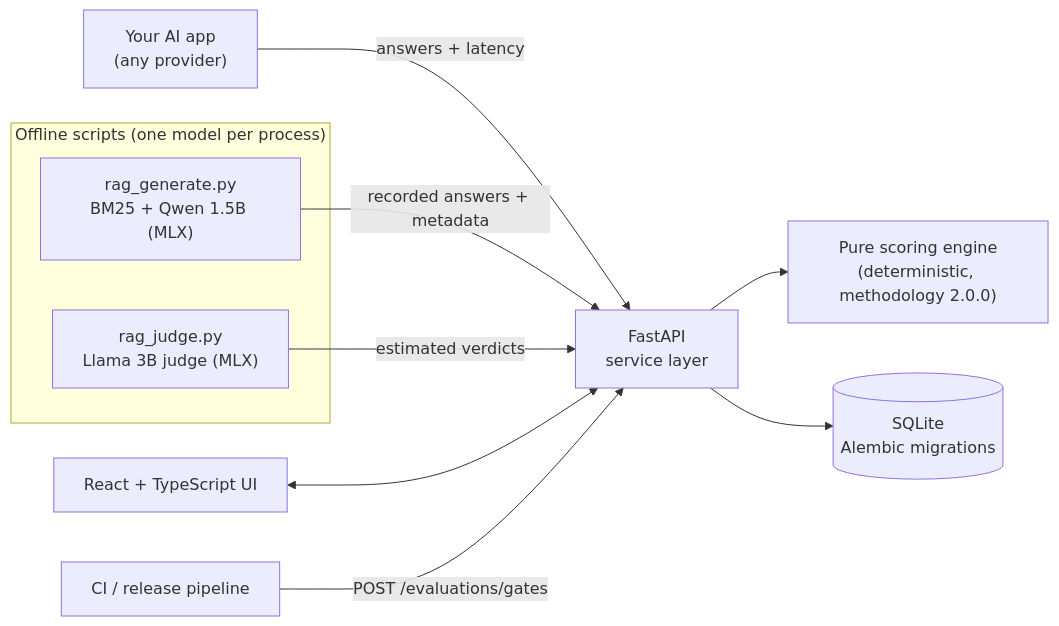
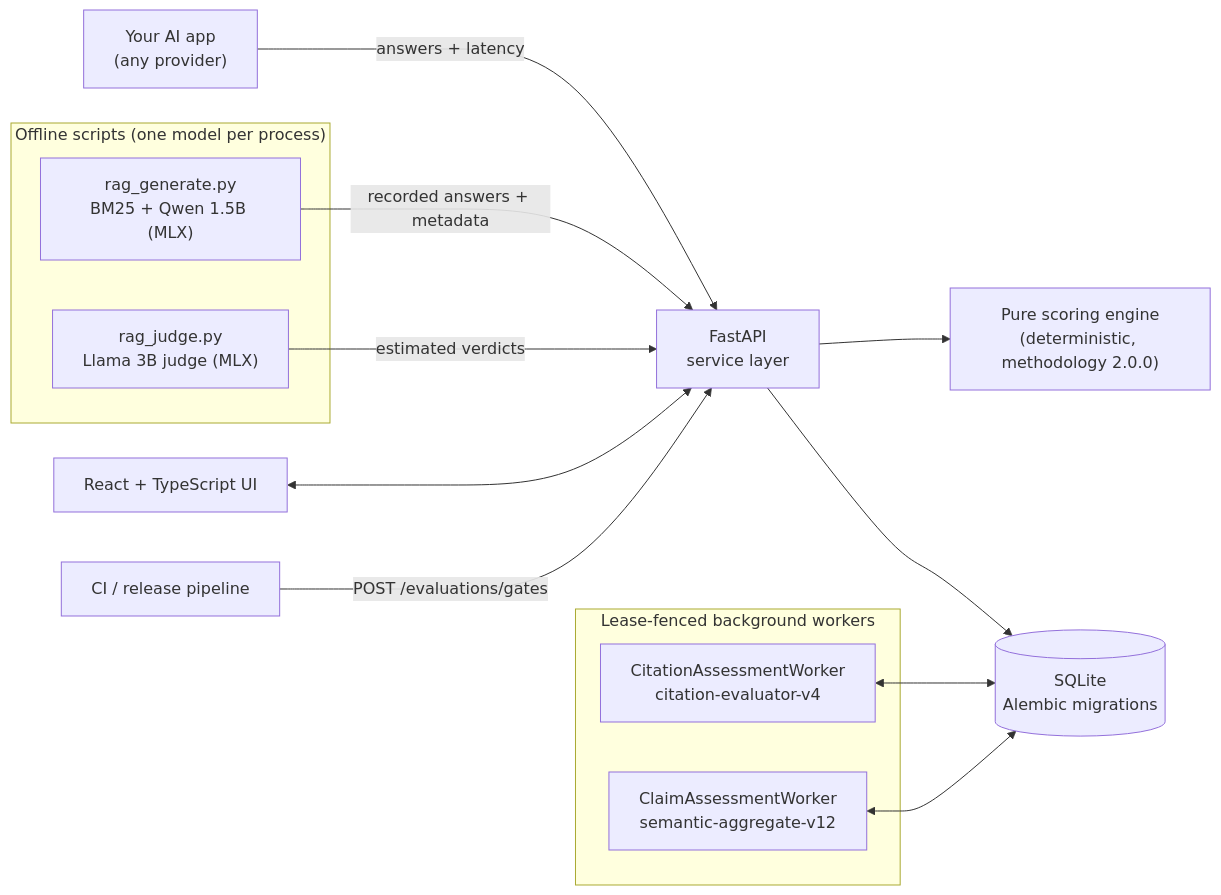
The diagram in README.md (rkampa07/evalops-ai), drawn with Mermaid before and after one commit. The commit also changed other lines of this file and 15 other files, not shown here.

````diff
--- a/README.md
+++ b/README.md
@@ -43,14 +47,20 @@
 ```mermaid
 flowchart LR
     subgraph Offline["Offline scripts (one model per process)"]
         GEN["rag_generate.py<br/>BM25 + Qwen 1.5B (MLX)"]
         JUD["rag_judge.py<br/>Llama 3B judge (MLX)"]
+    end
+    subgraph Workers["Lease-fenced background workers"]
+        CITW["CitationAssessmentWorker<br/>citation-evaluator-v4"]
+        CLMW["ClaimAssessmentWorker<br/>semantic-aggregate-v12"]
     end
     APP["Your AI app<br/>(any provider)"] -- "answers + latency" --> API
     GEN -- "recorded answers + metadata" --> API
     JUD -- "estimated verdicts" --> API
     UI["React + TypeScript UI"] <--> API["FastAPI<br/>service layer"]
     API --> ENG["Pure scoring engine<br/>(deterministic, methodology 2.0.0)"]
     API --> DB[("SQLite<br/>Alembic migrations")]
+    CITW <--> DB
+    CLMW <--> DB
     CI["CI / release pipeline"] -- "POST /evaluations/gates" --> API
 ```
````
